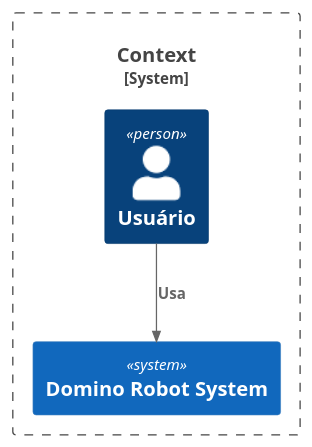
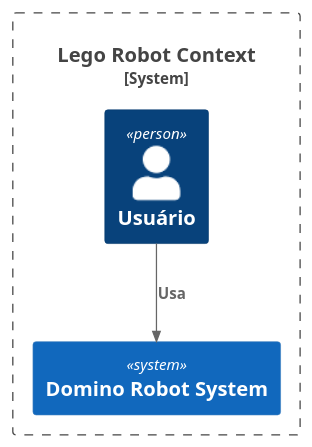
Before and after one commit to Populim/swarchitecure: the diagram in context.puml, drawn with PlantUML. The commit also changed 8 other files, not shown here.

Commit message:
updated diagrams 09/01

```diff
--- a/context.puml
+++ b/context.puml
@@ -1,13 +1,13 @@
 @startuml C4_Elements
 !include https://raw.githubusercontent.com/plantuml-stdlib/C4-PlantUML/master/C4_Context.puml
 
-System_Boundary(context,"Context"){
+System_Boundary(context,"Lego Robot Context"){
     
     Person(user1,"Usuário")
     System(dominoRobot,"Domino Robot System")
 
     Rel(user1,dominoRobot,"Usa")
 
 }
 
 @enduml
```
